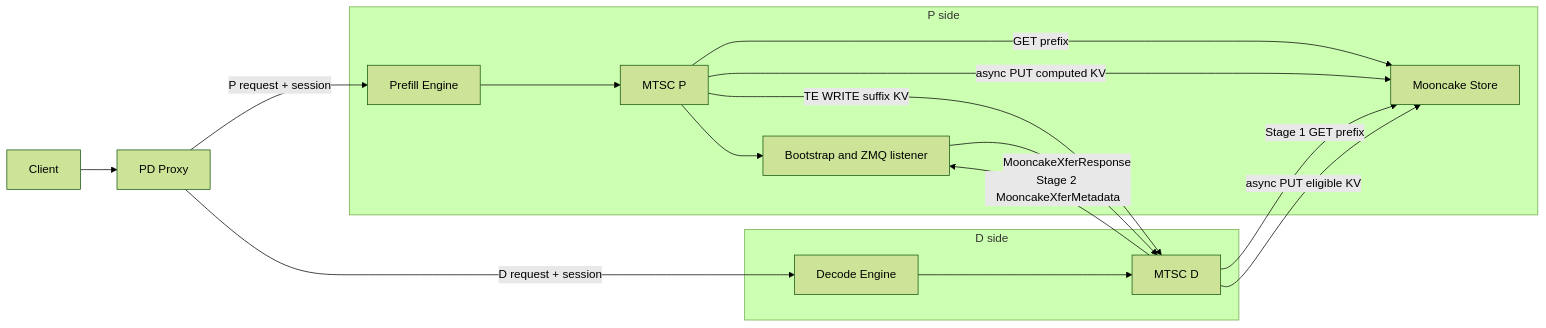
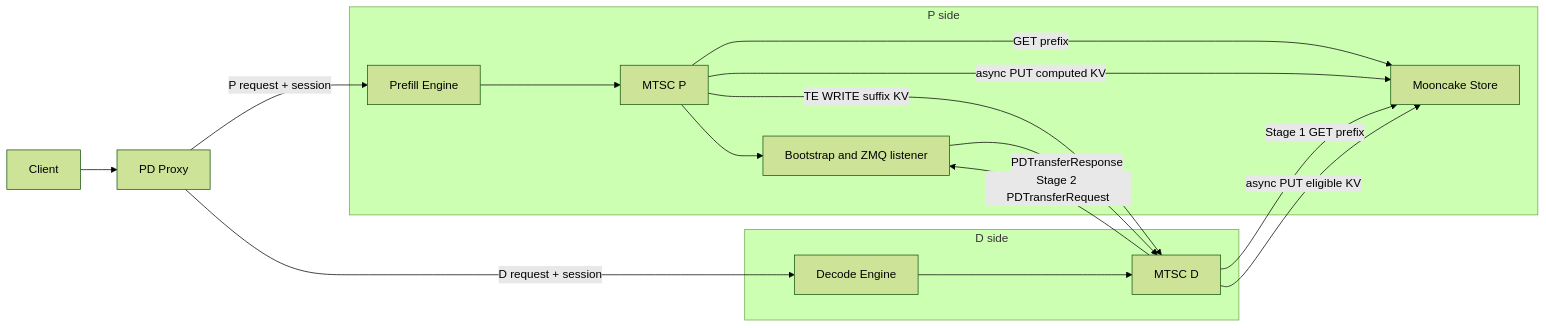
One commit to WangSu-X/MTSC changed the diagram in docs/design/S00-整体设计.md. Above: the diagram before and after it, drawn with Mermaid (forest theme). The commit also changed other lines of this file and 18 other files, not shown here.

````diff
--- a/docs/design/S00-整体设计.md
+++ b/docs/design/S00-整体设计.md
@@ -89,23 +90,23 @@
 ```mermaid
 flowchart LR
     C[Client] --> X[PD Proxy]
     X -->|P request + session| P[Prefill Engine]
     X -->|D request + session| D[Decode Engine]
 
     subgraph PSide[P side]
         P --> PC[MTSC P]
         PC -->|GET prefix| MS[Mooncake Store]
         PC -->|async PUT computed KV| MS
         PC --> BS[Bootstrap and ZMQ listener]
     end
 
     subgraph DSide[D side]
         D --> DC[MTSC D]
         DC -->|Stage 1 GET prefix| MS
         DC -->|async PUT eligible KV| MS
     end
 
-    DC -->|Stage 2 MooncakeXferMetadata| BS
+    DC -->|Stage 2 PDTransferRequest| BS
     PC -->|TE WRITE suffix KV| DC
-    BS -->|MooncakeXferResponse| DC
+    BS -->|PDTransferResponse| DC
 ```
````
